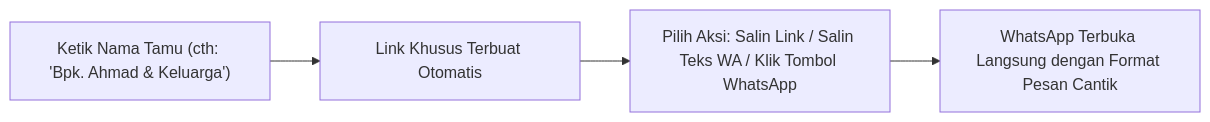
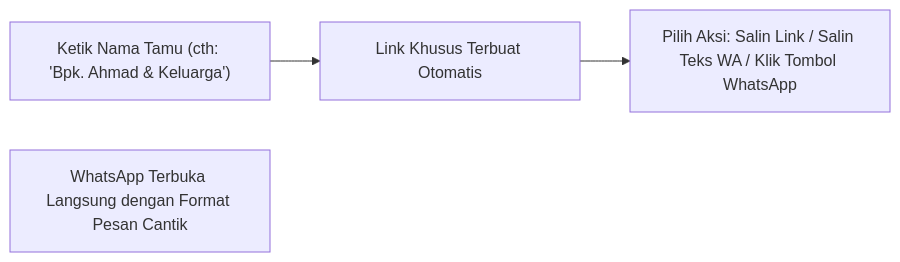
One commit to hndko/app_weddingbetawi_react changed the diagram in docs/02-buku-panduan-pengguna.md. Above: the diagram before and after it, drawn with Mermaid. The commit also changed other lines of this file and 4 other files, not shown here.

````diff
--- a/docs/02-buku-panduan-pengguna.md
+++ b/docs/02-buku-panduan-pengguna.md
@@ -61,6 +85,6 @@
 ```mermaid
 graph LR
     A["Ketik Nama Tamu (cth: 'Bpk. Ahmad & Keluarga')"] --> B["Link Khusus Terbuat Otomatis"]
     B --> C["Pilih Aksi: Salin Link / Salin Teks WA / Klik Tombol WhatsApp"]
-    C --> D["WhatsApp Terbuka Langsung dengan Format Pesan Cantik"]
+    D["WhatsApp Terbuka Langsung dengan Format Pesan Cantik"]
 ```
````
